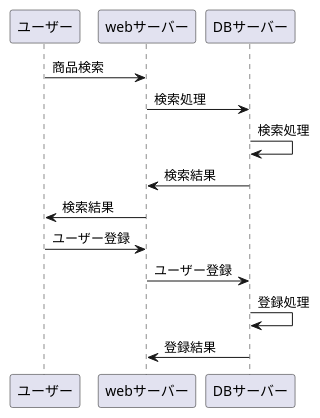
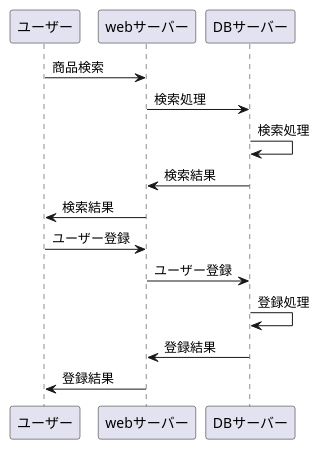
Before and after one commit to Aso2001142/2021sys-design: the diagram in サイト業務フロー.md, drawn with PlantUML.

````diff
--- a/サイト業務フロー.md
+++ b/サイト業務フロー.md
@@ -1,18 +1,18 @@
 ```uml
 @startuml
 ユーザー -> webサーバー : 商品検索
 webサーバー -> DBサーバー : 検索処理
 DBサーバー -> DBサーバー : 検索処理
 DBサーバー -> webサーバー : 検索結果
 webサーバー -> ユーザー : 検索結果
 
 
 ユーザー -> webサーバー : ユーザー登録
 webサーバー -> DBサーバー : ユーザー登録
 DBサーバー -> DBサーバー : 登録処理
 DBサーバー -> webサーバー : 登録結果
-
+webサーバー -> ユーザー : 登録結果
 
 
 @enduml
 ```
````
